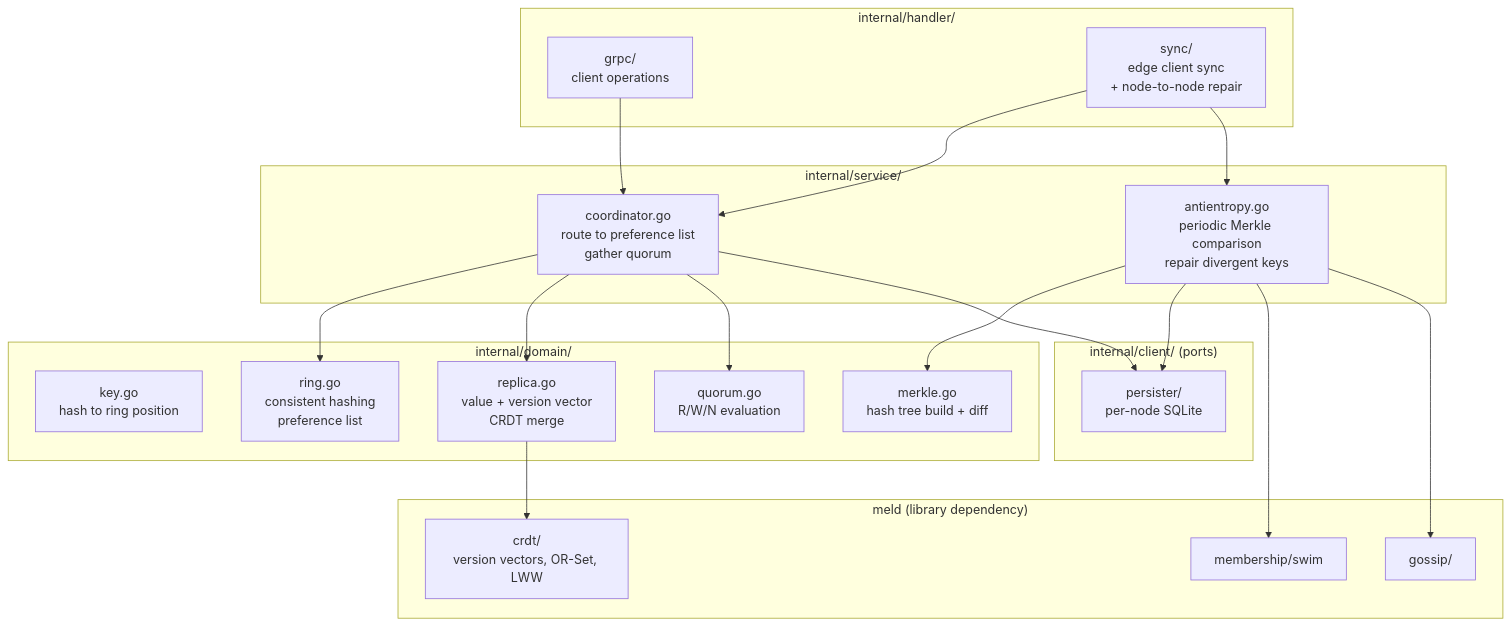
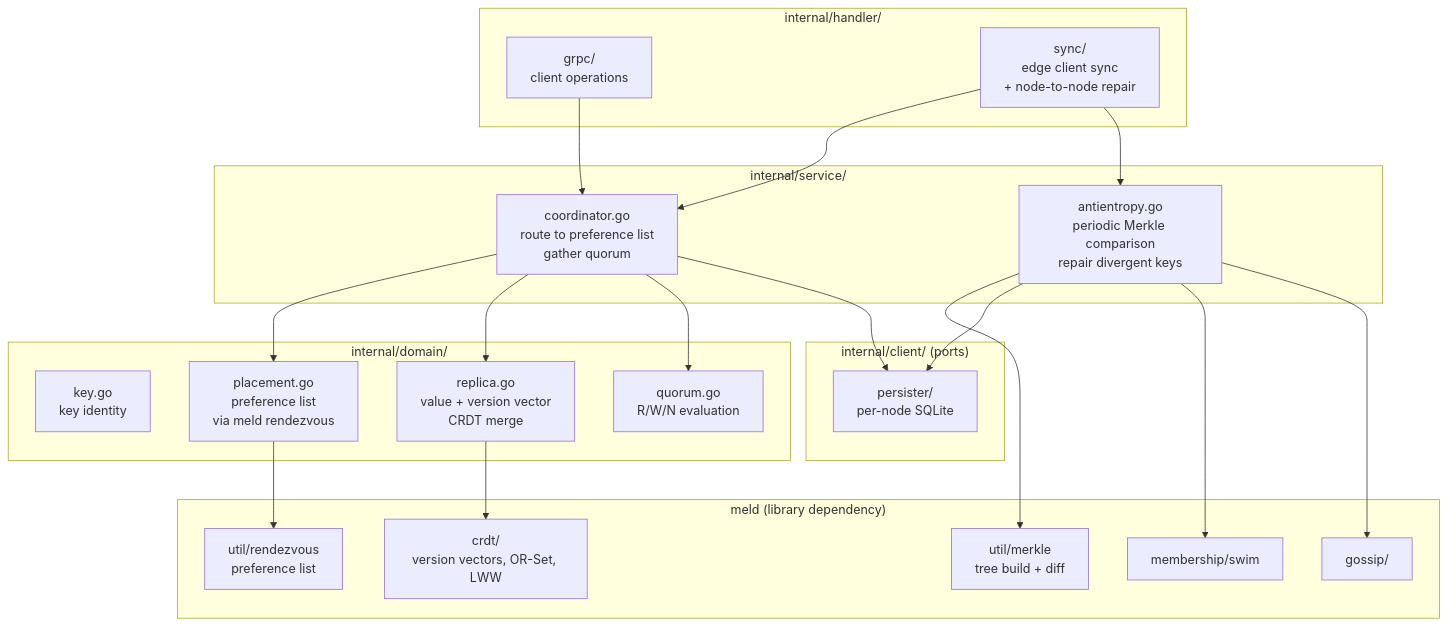
The first of 4 diagrams in README.md (w-h-a/delta), drawn with Mermaid before and after one commit. The commit also changed other lines of this file and 6 other files, not shown here.

````diff
--- a/README.md
+++ b/README.md
@@ -13,43 +13,45 @@
 ```mermaid
 graph TD
     subgraph "internal/domain/"
-        KEY[key.go<br/>hash to ring position]
-        RING[ring.go<br/>consistent hashing<br/>preference list]
+        KEY[key.go<br/>key identity]
+        RING[placement.go<br/>preference list<br/>via meld rendezvous]
         REP[replica.go<br/>value + version vector<br/>CRDT merge]
         QRM[quorum.go<br/>R/W/N evaluation]
-        MRK[merkle.go<br/>hash tree build + diff]
     end
 
     subgraph "internal/service/"
         COORD[coordinator.go<br/>route to preference list<br/>gather quorum]
         AE[antientropy.go<br/>periodic Merkle comparison<br/>repair divergent keys]
     end
 
     subgraph "internal/handler/"
         GRPC[grpc/<br/>client operations]
         SYNC[sync/<br/>edge client sync<br/>+ node-to-node repair]
     end
 
     subgraph "internal/client/ (ports)"
         PER[persister/<br/>per-node SQLite]
     end
 
     subgraph "meld (library dependency)"
         CRDT[crdt/<br/>version vectors, OR-Set, LWW]
         MEMB[membership/swim]
         GOSSIP[gossip/]
+        RDV[util/rendezvous<br/>preference list]
+        MRKL[util/merkle<br/>tree build + diff]
     end
 
     COORD --> RING
     COORD --> REP
     COORD --> QRM
     COORD --> PER
-    AE --> MRK
+    RING --> RDV
+    AE --> MRKL
     AE --> PER
     GRPC --> COORD
     SYNC --> COORD
     SYNC --> AE
     REP --> CRDT
     AE --> MEMB
     AE --> GOSSIP
 ```
````
